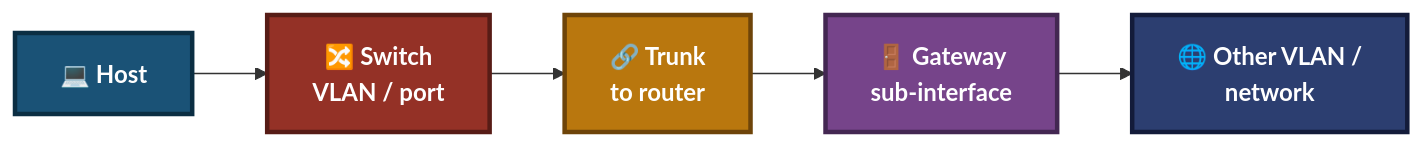
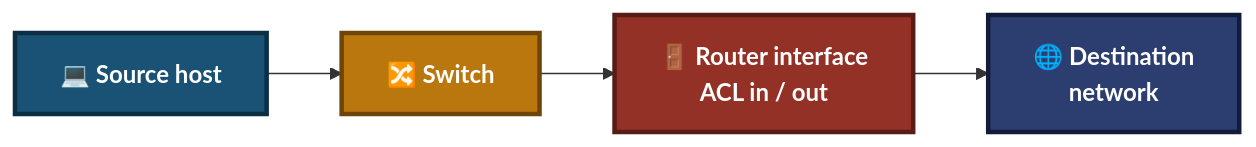
The third of 6 diagrams in 01-Networking/README.md (malaika-azhar/Cisco-Networking-Lab-Portfolio), drawn with Mermaid before and after one commit. The commit also changed other lines of this file, not shown here.

````diff
--- a/01-Networking/README.md
+++ b/01-Networking/README.md
@@ -267,10 +240,9 @@
 ```mermaid
 flowchart LR
-    A["💻 Host"]:::a --> B["🔀 Switch<br/>VLAN / port"]:::b --> C["🔗 Trunk<br/>to router"]:::c --> D["🚪 Gateway<br/>sub-interface"]:::d --> E["🌐 Other VLAN /<br/>network"]:::e
+    A["💻 Source host"]:::a --> B["🔀 Switch"]:::b --> C["🚪 Router interface<br/>ACL in / out"]:::c --> D["🌐 Destination<br/>network"]:::d
 
     classDef a fill:#1A5276,stroke:#0B2E43,stroke-width:3px,color:#FFFFFF,font-weight:bold
-    classDef b fill:#943126,stroke:#571C16,stroke-width:3px,color:#FFFFFF,font-weight:bold
-    classDef c fill:#B9770E,stroke:#6E4409,stroke-width:3px,color:#FFFFFF,font-weight:bold
-    classDef d fill:#76448A,stroke:#432752,stroke-width:3px,color:#FFFFFF,font-weight:bold
-    classDef e fill:#2C3E70,stroke:#131B3A,stroke-width:3px,color:#FFFFFF,font-weight:bold
+    classDef b fill:#B9770E,stroke:#6E4409,stroke-width:3px,color:#FFFFFF,font-weight:bold
+    classDef c fill:#943126,stroke:#571C16,stroke-width:3px,color:#FFFFFF,font-weight:bold
+    classDef d fill:#2C3E70,stroke:#131B3A,stroke-width:3px,color:#FFFFFF,font-weight:bold
 ```
````
